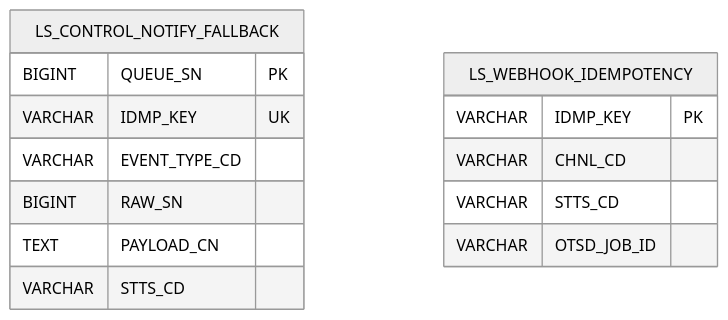
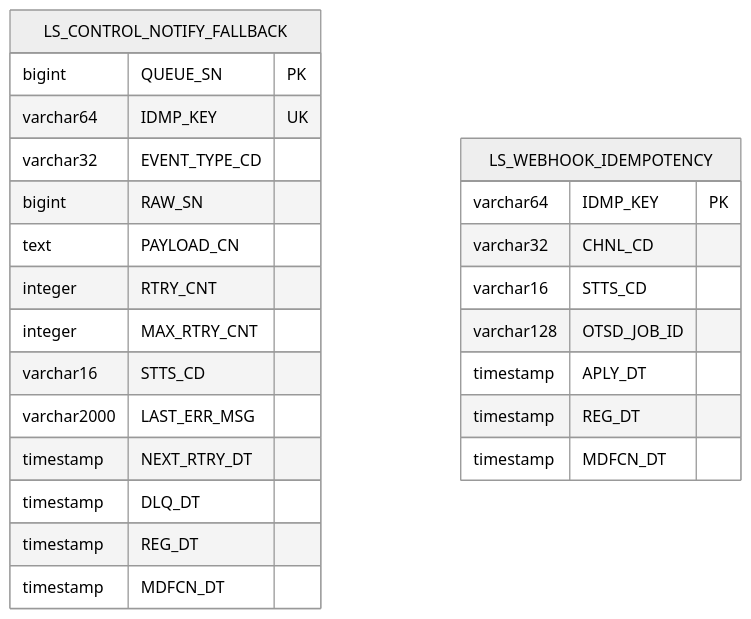
One commit to New-stella/klid-label changed diagram 12 of 12 in docs/design/D8-엔티티관계모형설계서.md. Above: the diagram before and after it, drawn with Mermaid (neutral theme). The commit also changed other lines of this file and 9 other files, not shown here.

````diff
--- a/docs/design/D8-엔티티관계모형설계서.md
+++ b/docs/design/D8-엔티티관계모형설계서.md
@@ -383,17 +589,27 @@
 ```mermaid
 erDiagram
     LS_CONTROL_NOTIFY_FALLBACK {
-        BIGINT QUEUE_SN PK
-        VARCHAR IDMP_KEY UK
-        VARCHAR EVENT_TYPE_CD
-        BIGINT RAW_SN
-        TEXT PAYLOAD_CN
-        VARCHAR STTS_CD
+        bigint QUEUE_SN PK
+        varchar64 IDMP_KEY UK
+        varchar32 EVENT_TYPE_CD
+        bigint RAW_SN
+        text PAYLOAD_CN
+        integer RTRY_CNT
+        integer MAX_RTRY_CNT
+        varchar16 STTS_CD
+        varchar2000 LAST_ERR_MSG
+        timestamp NEXT_RTRY_DT
+        timestamp DLQ_DT
+        timestamp REG_DT
+        timestamp MDFCN_DT
     }
     LS_WEBHOOK_IDEMPOTENCY {
-        VARCHAR IDMP_KEY PK
-        VARCHAR CHNL_CD
-        VARCHAR STTS_CD
-        VARCHAR OTSD_JOB_ID
+        varchar64 IDMP_KEY PK
+        varchar32 CHNL_CD
+        varchar16 STTS_CD
+        varchar128 OTSD_JOB_ID
+        timestamp APLY_DT
+        timestamp REG_DT
+        timestamp MDFCN_DT
     }
 ```
````
